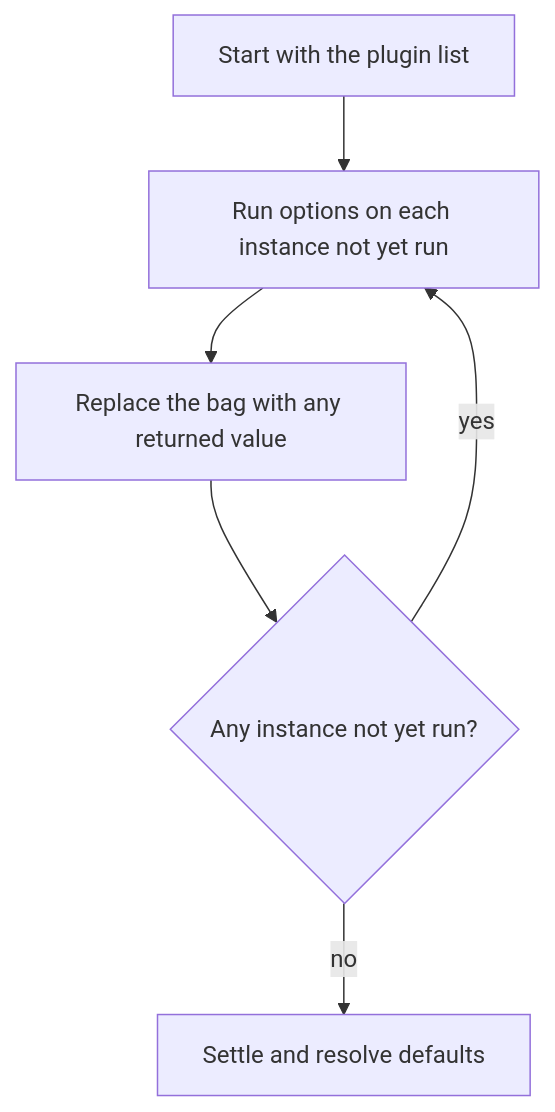
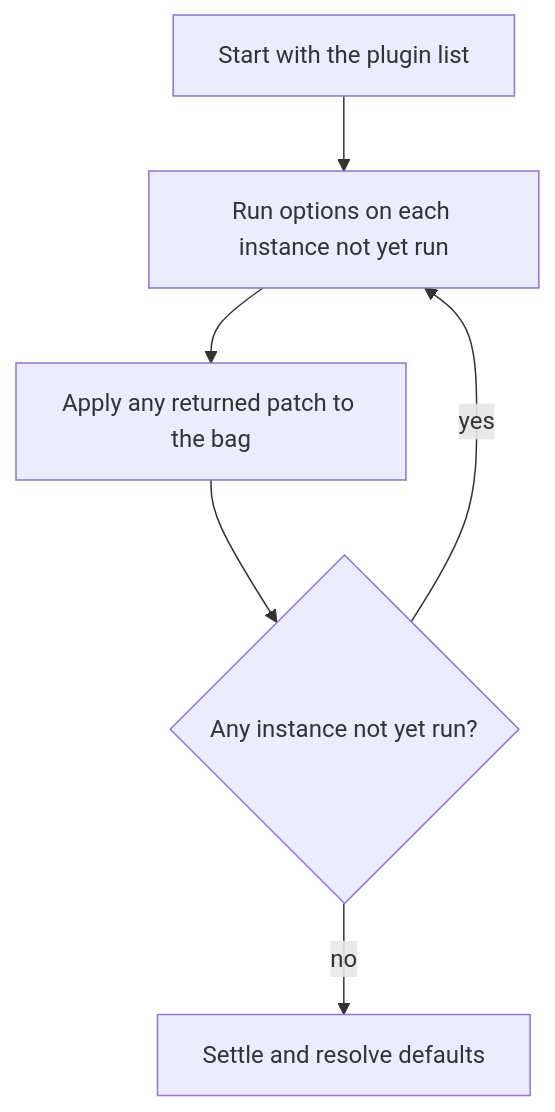
Before and after one commit to telarel/telarel: the diagram in docs/content/apis/plugin/index.mdx, drawn with Mermaid. The commit also changed other lines of this file and 24 other files, not shown here.

````diff
--- a/docs/content/apis/plugin/index.mdx
+++ b/docs/content/apis/plugin/index.mdx
@@ -29,8 +29,8 @@
 ```mermaid
 flowchart TD
     A["Start with the plugin list"] --> B["Run options on each instance not yet run"]
-    B --> C["Replace the bag with any returned value"]
+    B --> C["Apply any returned patch to the bag"]
     C --> D{"Any instance not yet run?"}
     D -- "yes" --> B
     D -- "no" --> E["Settle and resolve defaults"]
 ```
````
